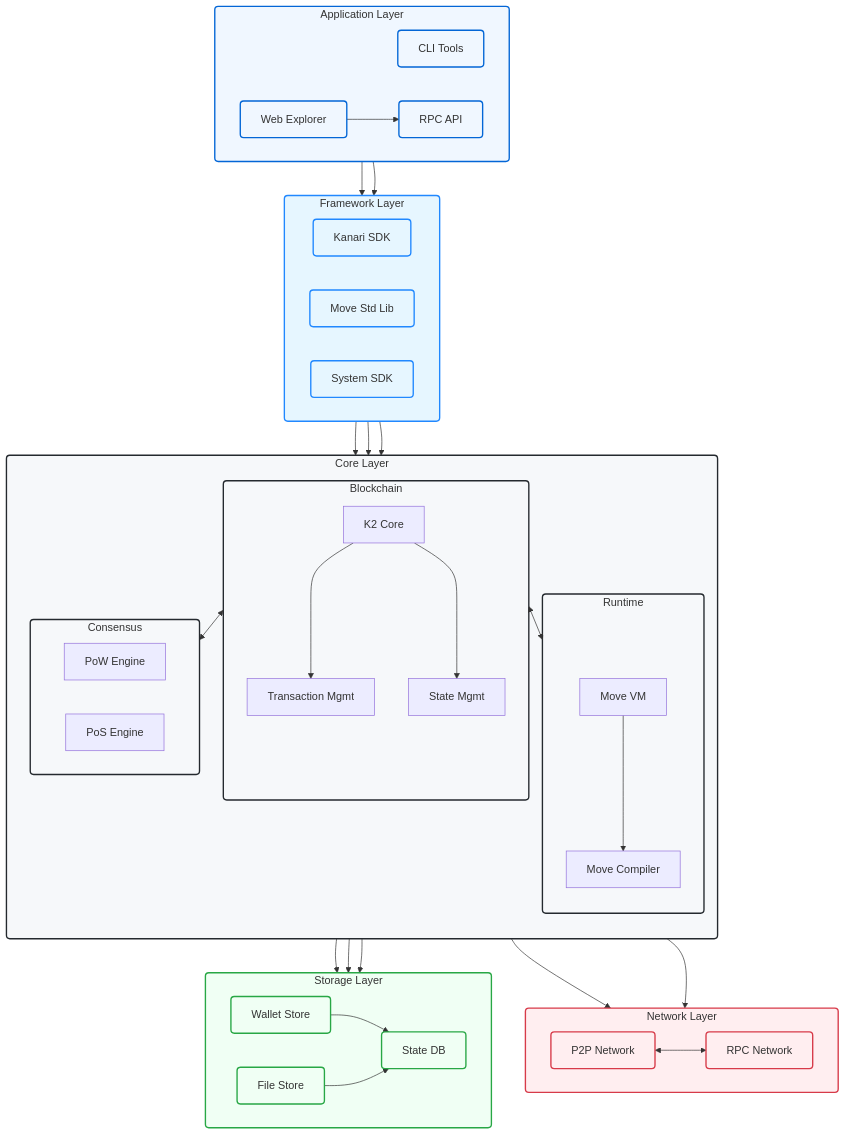
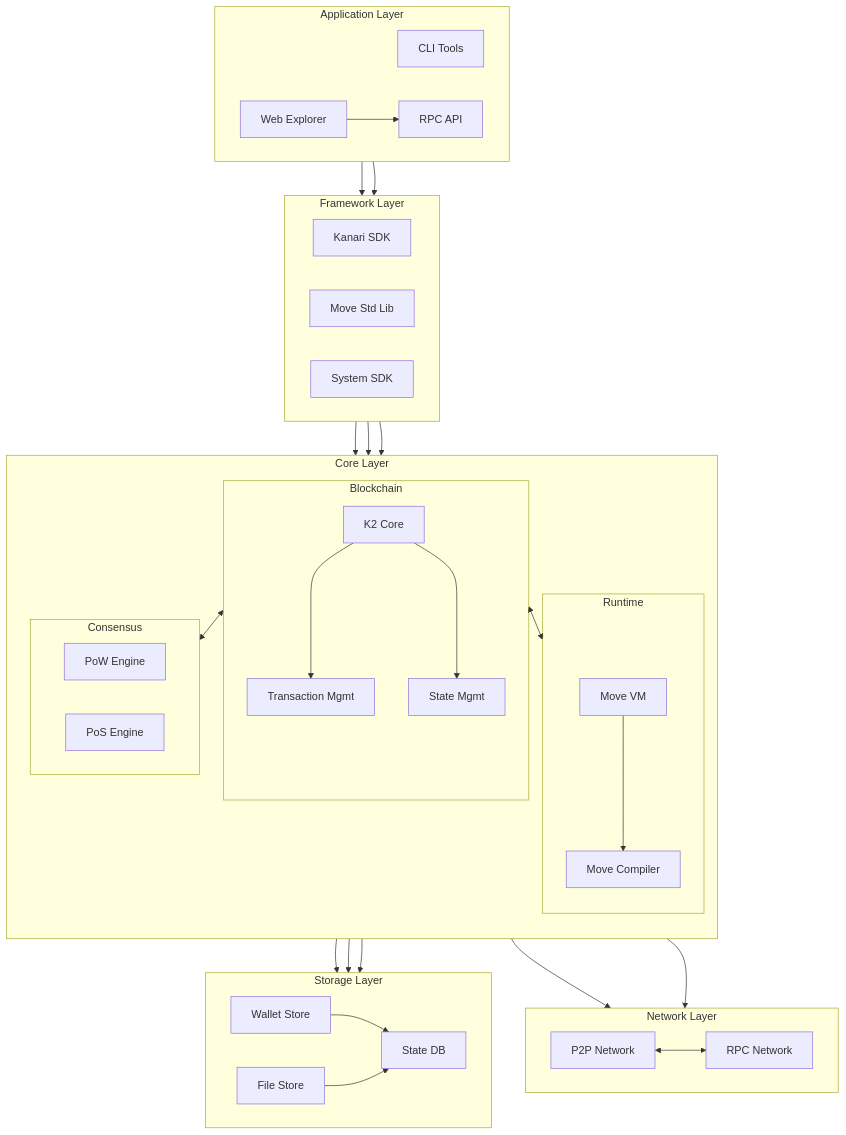
Before and after one commit to kanari-network/kanari-sdk: the diagram in README.md, drawn with Mermaid.

Commit message:
Remove redundant styling definitions from flowchart section in README.md

```diff
--- a/README.md
+++ b/README.md
@@ -77,12 +77,6 @@
     TX --> Wallet
     VM --> File
 
-    %% Styling with improved colors and consistency
-    classDef app fill:#f0f7ff,stroke:#0366d6,stroke-width:2px,rx:5px
-    classDef framework fill:#e6f6ff,stroke:#2188ff,stroke-width:2px,rx:5px
-    classDef core fill:#f6f8fa,stroke:#24292e,stroke-width:2px,rx:5px
-    classDef network fill:#ffeef0,stroke:#d73a49,stroke-width:2px,rx:5px
-    classDef storage fill:#f0fff4,stroke:#28a745,stroke-width:2px,rx:5px
 
     class APP,CLI,Web,RPC app
     class FW,Kanari,Std,Sys framework
```
